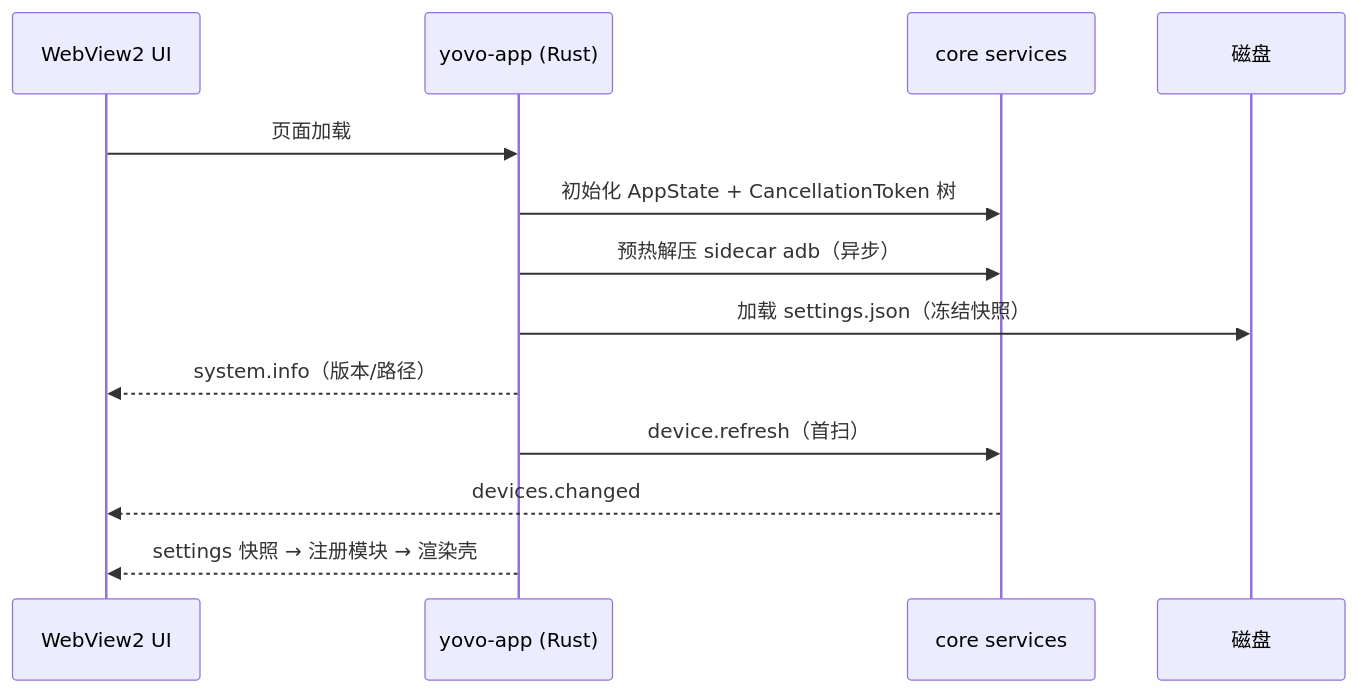
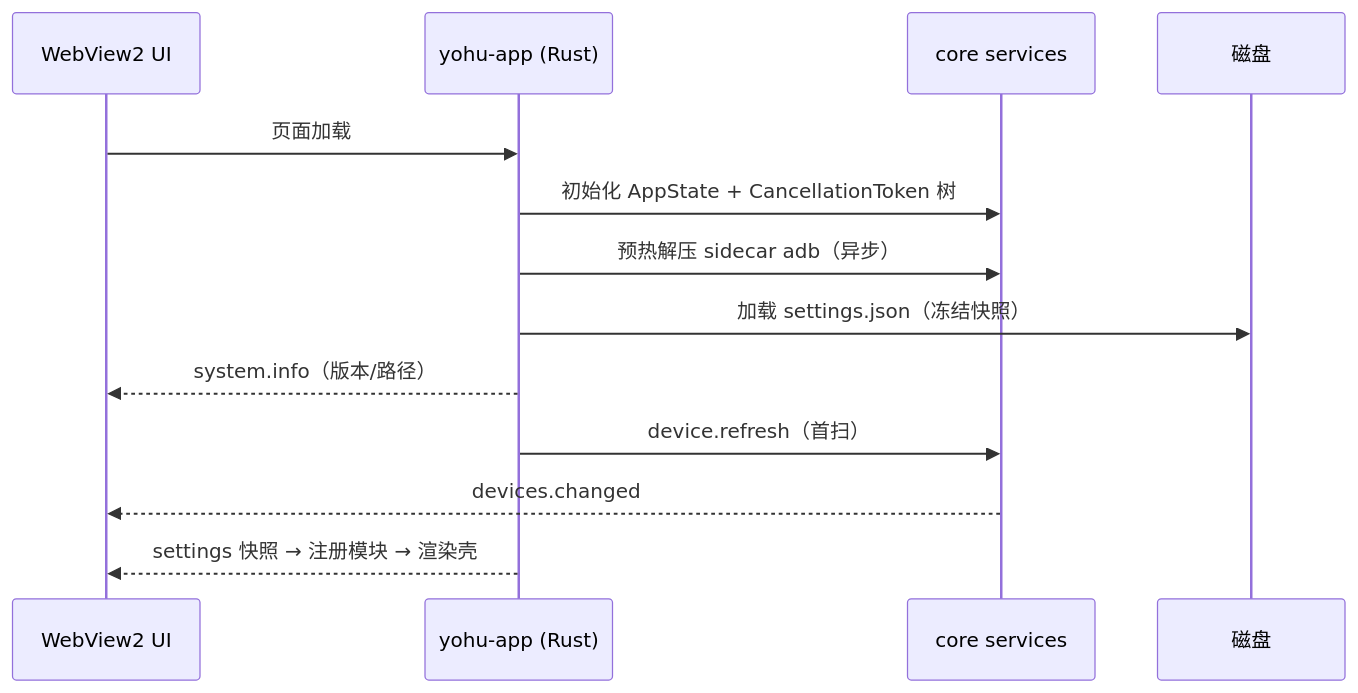
One commit to yohurm/Windows-YoADBTools changed the second of 3 diagrams in docs/architecture/架构设计-v6.md. Above: the diagram before and after it, drawn with Mermaid. The commit also changed other lines of this file and 277 other files, not shown here.

First line of the commit message:
refactor: 品牌全量 Yovo → Yohu

````diff
--- a/docs/architecture/架构设计-v6.md
+++ b/docs/architecture/架构设计-v6.md
@@ -448,16 +448,16 @@
 ```mermaid
 sequenceDiagram
   participant UI as WebView2 UI
-  participant App as yovo-app (Rust)
+  participant App as yohu-app (Rust)
   participant Core as core services
   participant Disk as 磁盘
 
   UI->>App: 页面加载
   App->>Core: 初始化 AppState + CancellationToken 树
   App->>Core: 预热解压 sidecar adb（异步）
   App->>Disk: 加载 settings.json（冻结快照）
   App-->>UI: system.info（版本/路径）
   App->>Core: device.refresh（首扫）
   Core-->>UI: devices.changed
   App-->>UI: settings 快照 → 注册模块 → 渲染壳
 ```
````
